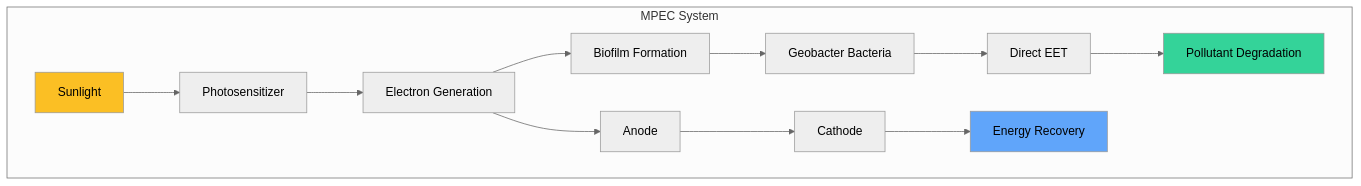
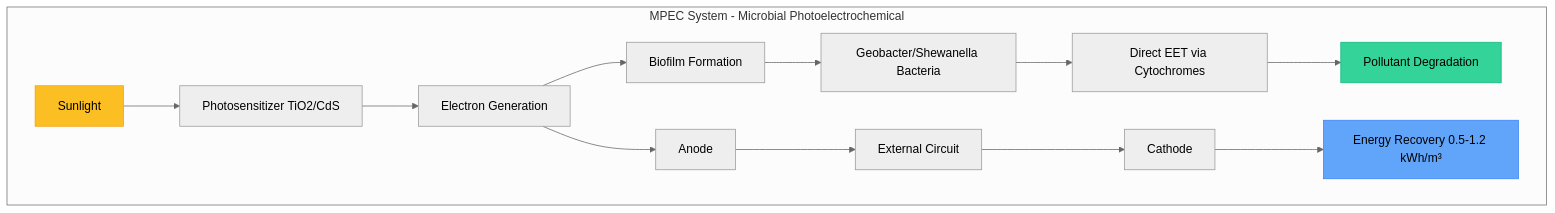
Before and after one commit to anshsharmacse/JanrakshakAI: the eighth of 31 diagrams in README.md, drawn with Mermaid (neutral theme). The commit also changed other lines of this file, not shown here.

````diff
--- a/README.md
+++ b/README.md
@@ -267,19 +328,20 @@
 ```mermaid
 graph TB
-    subgraph MPEC["MPEC System"]
-        A[Sunlight] --> B[Photosensitizer]
+    subgraph MPEC["MPEC System - Microbial Photoelectrochemical"]
+        A[Sunlight] --> B[Photosensitizer TiO2/CdS]
         B --> C[Electron Generation]
         C --> D[Biofilm Formation]
-        D --> E[Geobacter Bacteria]
-        E --> F[Direct EET]
+        D --> E[Geobacter/Shewanella Bacteria]
+        E --> F[Direct EET via Cytochromes]
         F --> G[Pollutant Degradation]
         
-        H[Anode] --> I[Cathode]
+        H[Anode] --> I[External Circuit]
+        I --> J[Cathode]
         C --> H
-        I --> J[Energy Recovery]
+        J --> K[Energy Recovery 0.5-1.2 kWh/m³]
     end
     
-    style A fill:#fbbf24
-    style G fill:#34d399
-    style J fill:#60a5fa
+    style A fill:#fbbf24,stroke:#f59e0b
+    style G fill:#34d399,stroke:#10b981
+    style K fill:#60a5fa,stroke:#3b82f6
 ```
````
